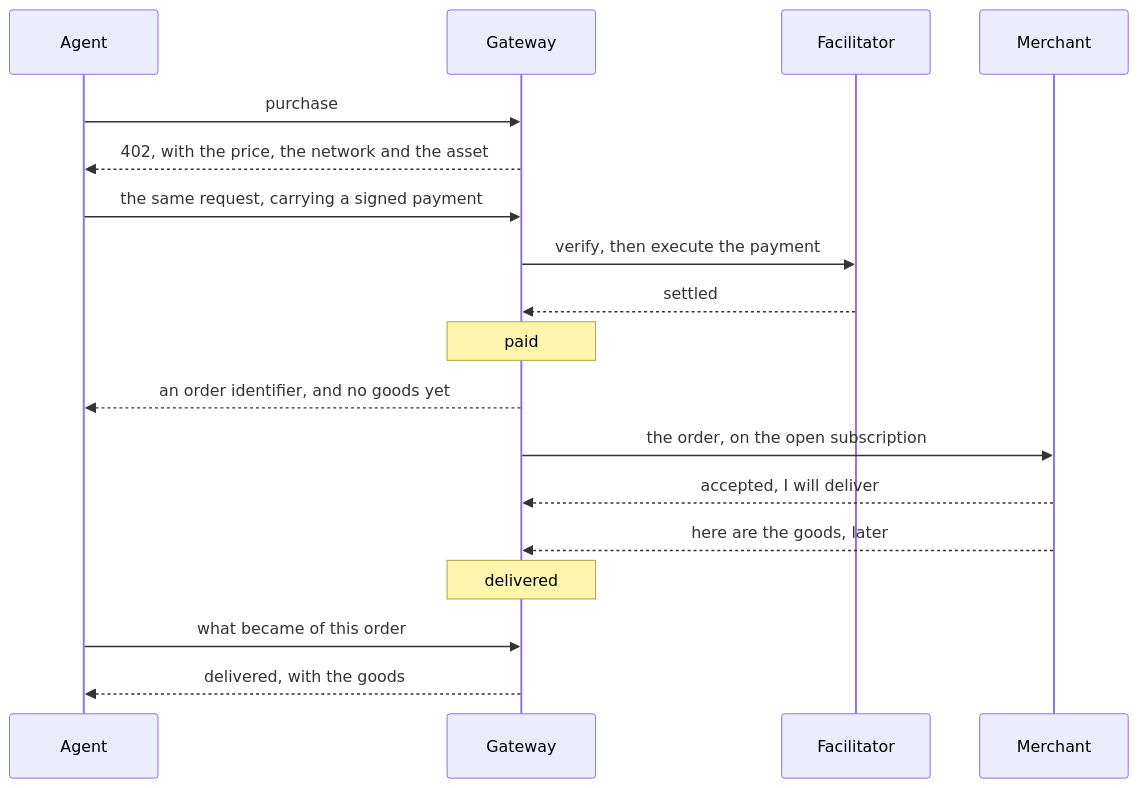
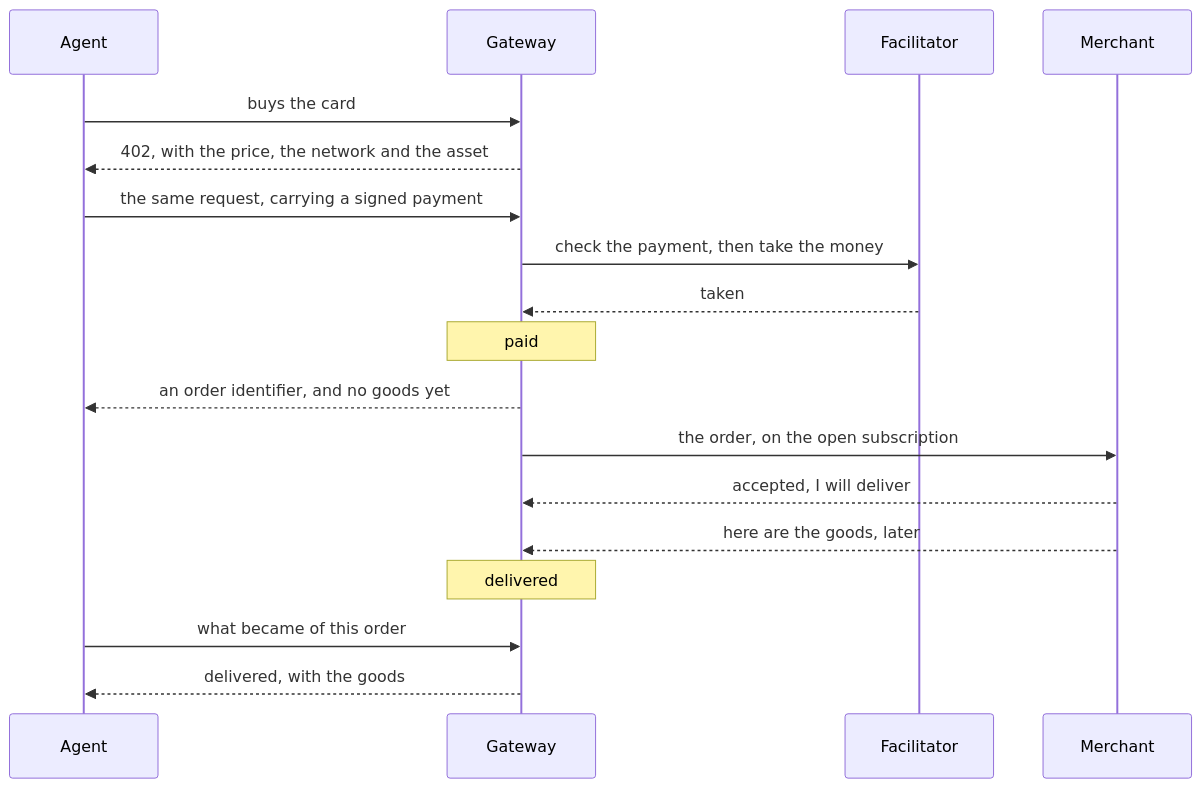
The second of 3 diagrams in README.md (aftercard/agentify), drawn with Mermaid before and after one commit. The commit also changed other lines of this file and 1 other file, not shown here.

````diff
--- a/README.md
+++ b/README.md
@@ -107,20 +107,20 @@
 ```mermaid
 sequenceDiagram
     participant A as Agent
     participant G as Gateway
     participant F as Facilitator
     participant H as Merchant
-    A->>G: purchase
+    A->>G: buys the card
     G-->>A: 402, with the price, the network and the asset
     A->>G: the same request, carrying a signed payment
-    G->>F: verify, then execute the payment
-    F-->>G: settled
+    G->>F: check the payment, then take the money
+    F-->>G: taken
     Note over G: paid
     G-->>A: an order identifier, and no goods yet
     G->>H: the order, on the open subscription
     H-->>G: accepted, I will deliver
     H-->>G: here are the goods, later
     Note over G: delivered
     A->>G: what became of this order
     G-->>A: delivered, with the goods
 ```
````
